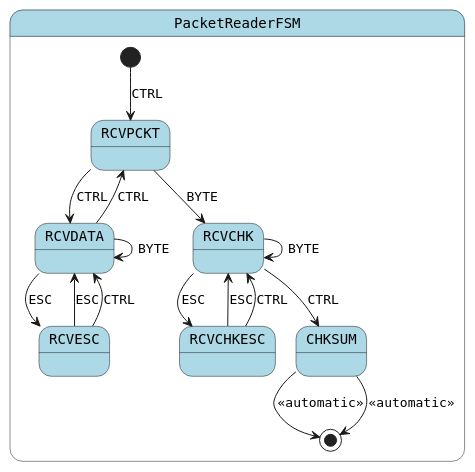
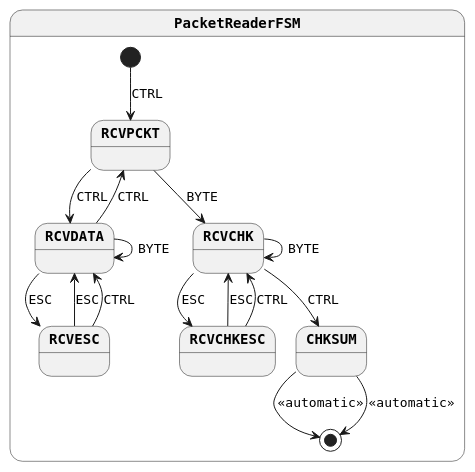
The diagram in output/generated/packet-reader-simple.plantuml (open-jumpco/kfsm-viz-plugin), drawn with PlantUML before and after one commit. The commit also changed 10 other files, not shown here.

```diff
--- a/output/generated/packet-reader-simple.plantuml
+++ b/output/generated/packet-reader-simple.plantuml
@@ -1,24 +1,27 @@
 @startuml
+skinparam monochrome true
 skinparam StateFontName Helvetica
 skinparam defaultFontName Monospaced
+skinparam defaultFontStyle Bold
 skinparam state {
-    BackgroundColor LightBlue
+    FontColor Black
+    FontStyle Bold
 }
 state PacketReaderFSM {
 [*] --> RCVPCKT : CTRL
 RCVPCKT --> RCVDATA : CTRL
 RCVPCKT --> RCVCHK : BYTE
 RCVDATA --> RCVDATA : BYTE
 RCVDATA --> RCVPCKT : CTRL
 RCVDATA --> RCVESC : ESC
 RCVESC --> RCVDATA : ESC
 RCVESC --> RCVDATA : CTRL
 RCVCHK --> RCVCHK : BYTE
 RCVCHK --> RCVCHKESC : ESC
 RCVCHK --> CHKSUM : CTRL
 CHKSUM --> [*] : <<automatic>>
 CHKSUM --> [*] : <<automatic>>
 RCVCHKESC --> RCVCHK : ESC
 RCVCHKESC --> RCVCHK : CTRL
 }
 @enduml
```
